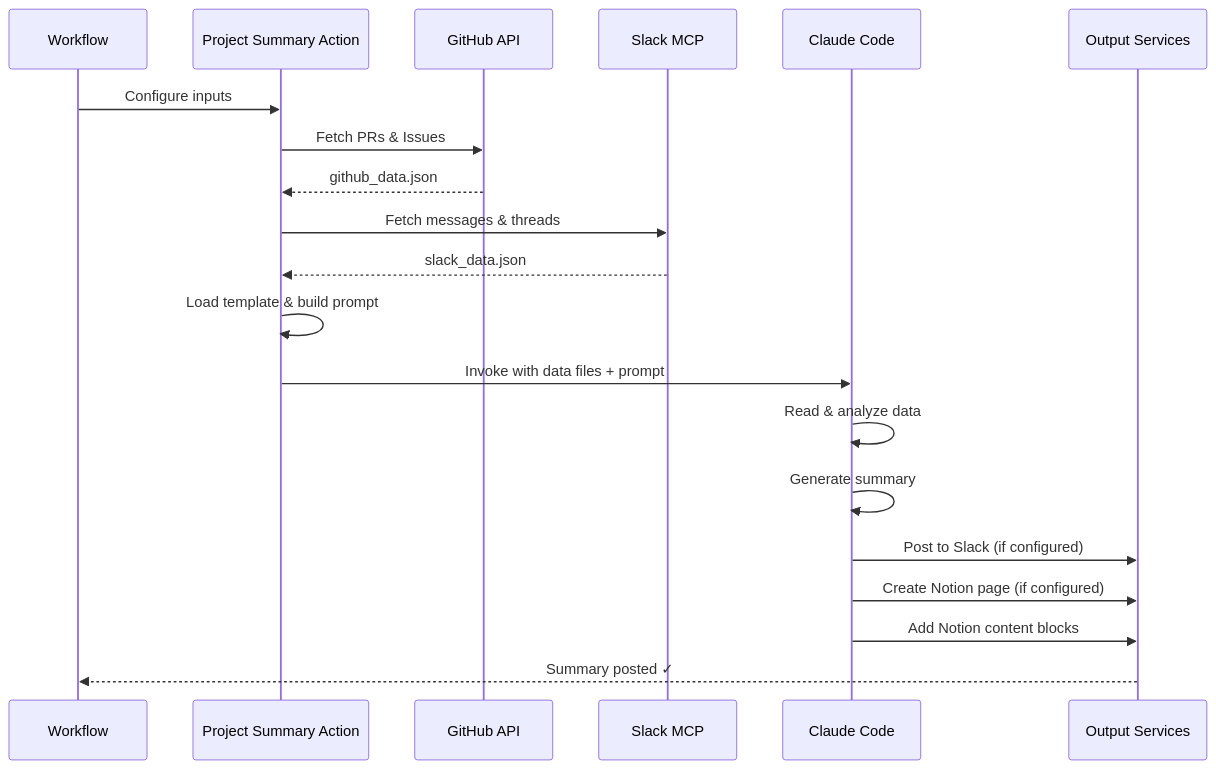
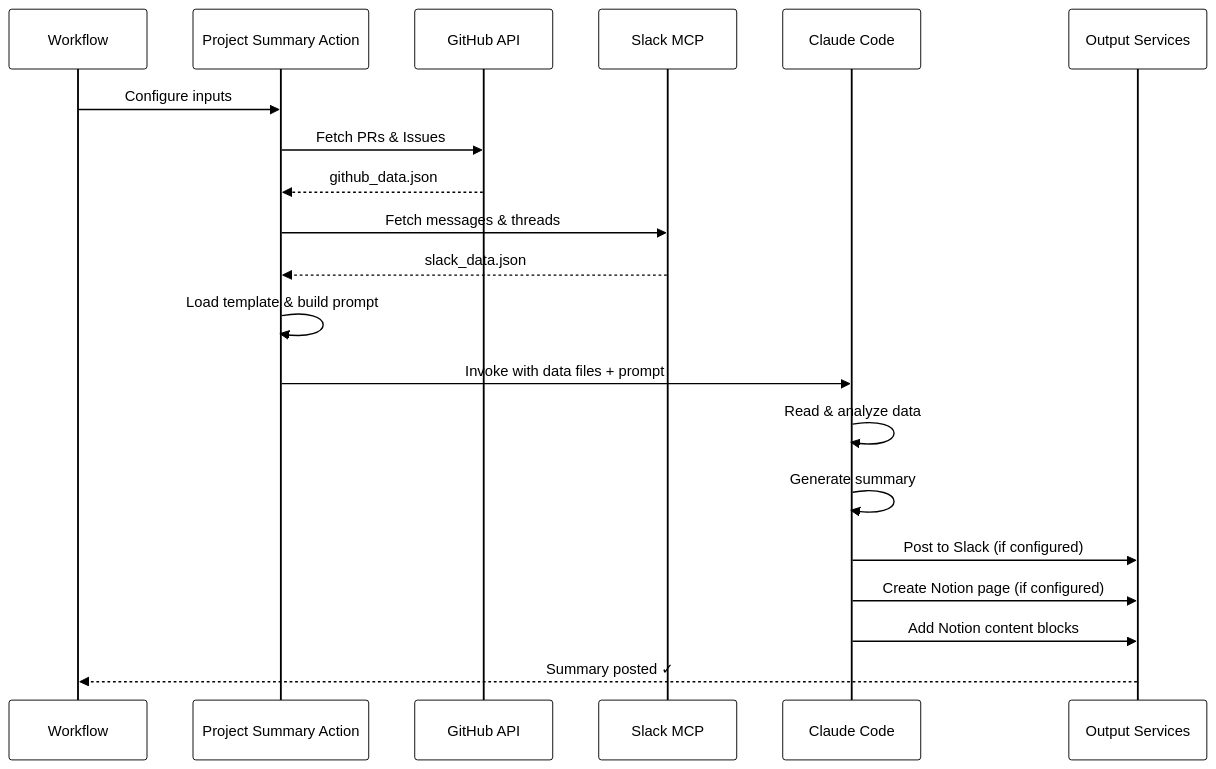
The second of 2 diagrams in project-summary/README.md (nakamasato/claude-code-actions), drawn with Mermaid before and after one commit. The commit also changed other lines of this file, not shown here.

Commit message:
style: set white background for mermaid diagrams
- Added theme configuration to both mermaid diagrams
- Set background to white (#ffffff) for better visibility in dark mode
- Configured text and border colors to black for contrast
- Ensures diagrams are readable in both light and dark themes

````diff
--- a/project-summary/README.md
+++ b/project-summary/README.md
@@ -93,27 +94,28 @@
 ```mermaid
+%%{init: {'theme':'base', 'themeVariables': { 'primaryColor':'#fff', 'primaryTextColor':'#000', 'primaryBorderColor':'#000', 'lineColor':'#000', 'secondaryColor':'#f0f0f0', 'tertiaryColor':'#fff', 'background':'#ffffff', 'mainBkg':'#ffffff', 'secondBkg':'#f0f0f0', 'noteBkgColor':'#fff3cd', 'noteTextColor':'#000', 'noteBorderColor':'#000', 'actorBkg':'#ffffff', 'actorBorder':'#000', 'actorTextColor':'#000', 'actorLineColor':'#000', 'signalColor':'#000', 'signalTextColor':'#000'}}}%%
 sequenceDiagram
     participant User as Workflow
     participant Action as Project Summary Action
     participant GH as GitHub API
     participant Slack as Slack MCP
     participant Claude as Claude Code
     participant Out as Output Services
 
     User->>Action: Configure inputs
     Action->>GH: Fetch PRs & Issues
     GH-->>Action: github_data.json
     Action->>Slack: Fetch messages & threads
     Slack-->>Action: slack_data.json
 
     Action->>Action: Load template & build prompt
 
     Action->>Claude: Invoke with data files + prompt
     Claude->>Claude: Read & analyze data
     Claude->>Claude: Generate summary
 
     Claude->>Out: Post to Slack (if configured)
     Claude->>Out: Create Notion page (if configured)
     Claude->>Out: Add Notion content blocks
 
     Out-->>User: Summary posted ✓
 ```
````
